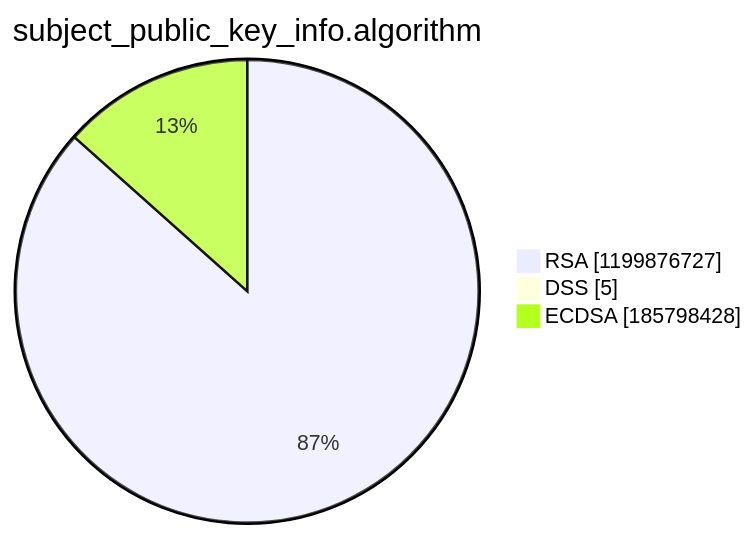
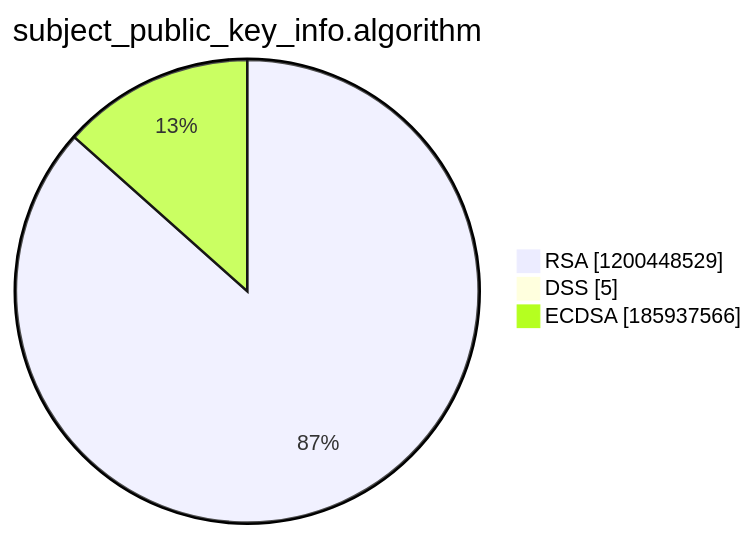
Before and after one commit to christiankrug/ctmonitor_visualization: the third of 15 diagrams in argon2022/README.md, drawn with Mermaid. The commit also changed other lines of this file, not shown here.

````diff
--- a/argon2022/README.md
+++ b/argon2022/README.md
@@ -14,7 +14,7 @@
 ```mermaid
 pie showData
 title subject_public_key_info.algorithm
-"RSA" :1199876727
+"RSA" :1200448529
 "DSS" :5
-"ECDSA" :185798428
+"ECDSA" :185937566
 ```
````
